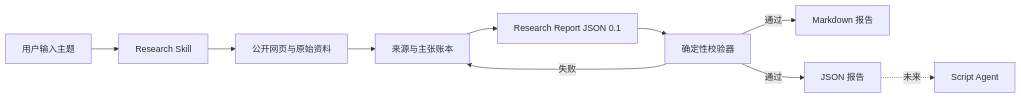
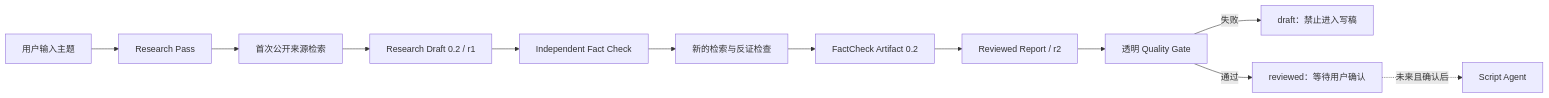
One commit to HWang0310/deep-talk-studio changed the diagram in docs/ARCHITECTURE.md. Above: the diagram before and after it, drawn with Mermaid. The commit also changed other lines of this file and 46 other files, not shown here.

Commit message:
feat: add V0.2 research quality gate

````diff
--- a/docs/ARCHITECTURE.md
+++ b/docs/ARCHITECTURE.md
@@ -9,12 +9,14 @@
 ```mermaid
 flowchart LR
-    U["用户输入主题"] --> S["Research Skill"]
-    S --> W["公开网页与原始资料"]
-    W --> L["来源与主张账本"]
-    L --> J["Research Report JSON 0.1"]
-    J --> V["确定性校验器"]
-    V -->|通过| M["Markdown 报告"]
-    V -->|通过| D["JSON 报告"]
-    V -->|失败| L
-    D -.未来.-> A["Script Agent"]
+    U["用户输入主题"] --> R["Research Pass"]
+    R --> W1["首次公开来源检索"]
+    W1 --> D1["Research Draft 0.2 / r1"]
+    D1 --> F["Independent Fact Check"]
+    F --> W2["新的检索与反证检查"]
+    W2 --> A["FactCheck Artifact 0.2"]
+    A --> D2["Reviewed Report / r2"]
+    D2 --> Q["透明 Quality Gate"]
+    Q -->|失败| X["draft：禁止进入写稿"]
+    Q -->|通过| H["reviewed：等待用户确认"]
+    H -.未来且确认后.-> S["Script Agent"]
 ```
````
